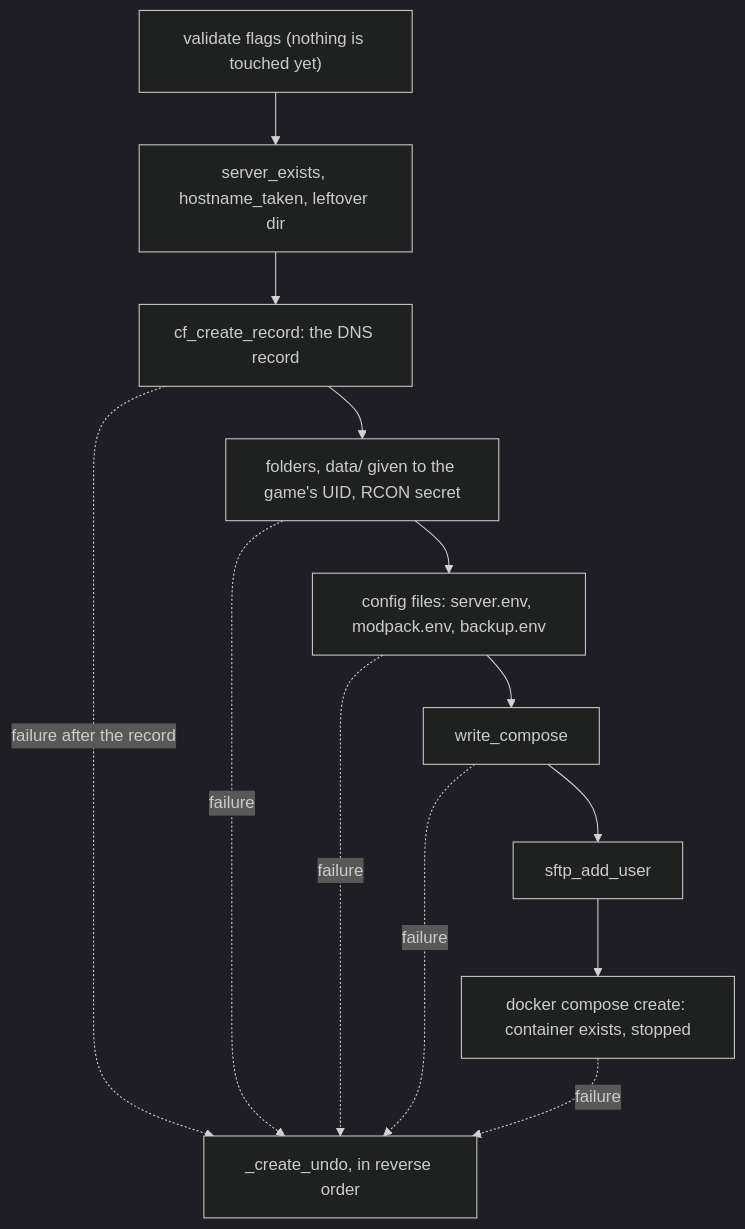
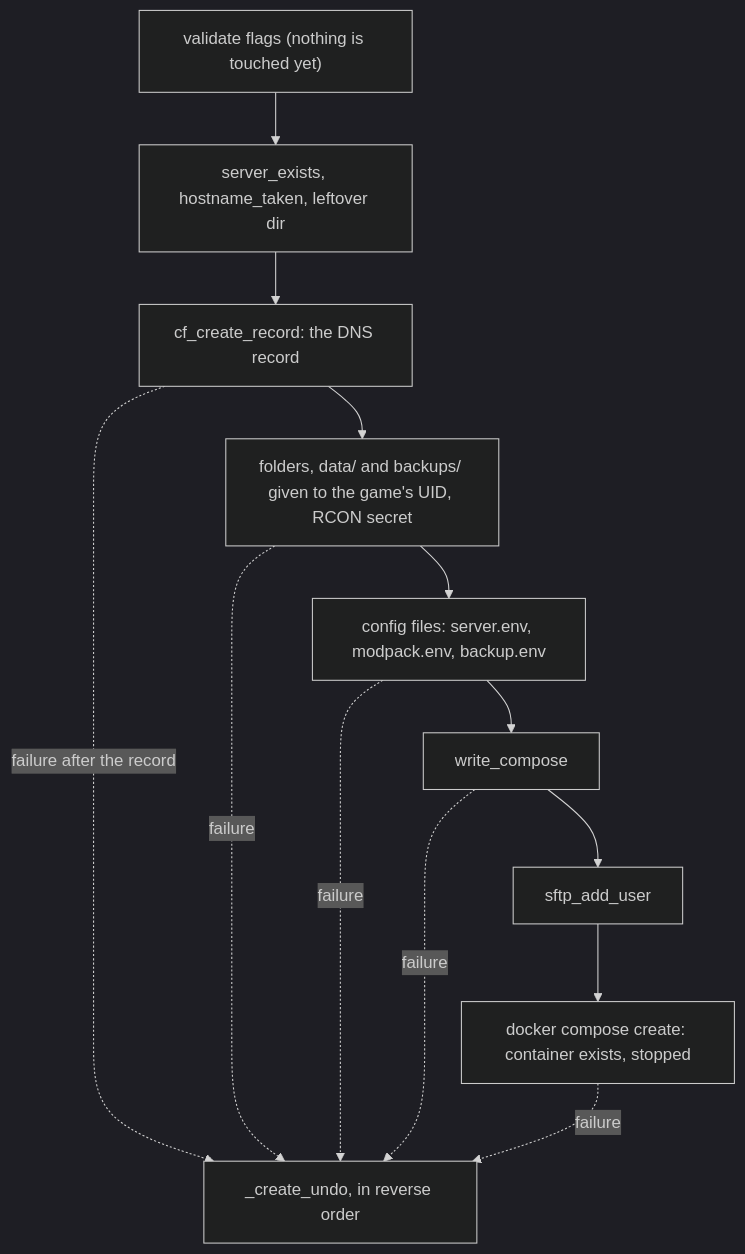
One commit to Tokenzrey/Pterodactyl changed the first of 6 diagrams in single-standalone/docs/architecture.md. Above: the diagram before and after it, drawn with Mermaid (dark theme). The commit also changed 20 other files, not shown here.

````diff
--- a/single-standalone/docs/architecture.md
+++ b/single-standalone/docs/architecture.md
@@ -9,15 +9,15 @@
 ```mermaid
 flowchart TD
     A["validate flags (nothing is touched yet)"] --> B["server_exists, hostname_taken, leftover dir"]
     B --> C["cf_create_record: the DNS record"]
-    C --> D["folders, data/ given to the game's UID, RCON secret"]
+    C --> D["folders, data/ and backups/ given to the game's UID, RCON secret"]
     D --> E["config files: server.env, modpack.env, backup.env"]
     E --> F["write_compose"]
     F --> G["sftp_add_user"]
     G --> H["docker compose create: container exists, stopped"]
     C -. "failure after the record" .-> U["_create_undo, in reverse order"]
     D -. "failure" .-> U
     E -. "failure" .-> U
     F -. "failure" .-> U
     H -. "failure" .-> U
 ```
````
